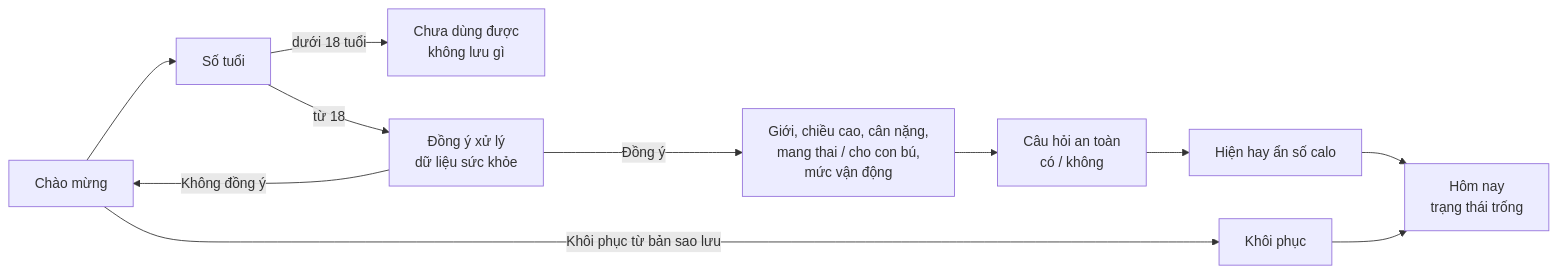
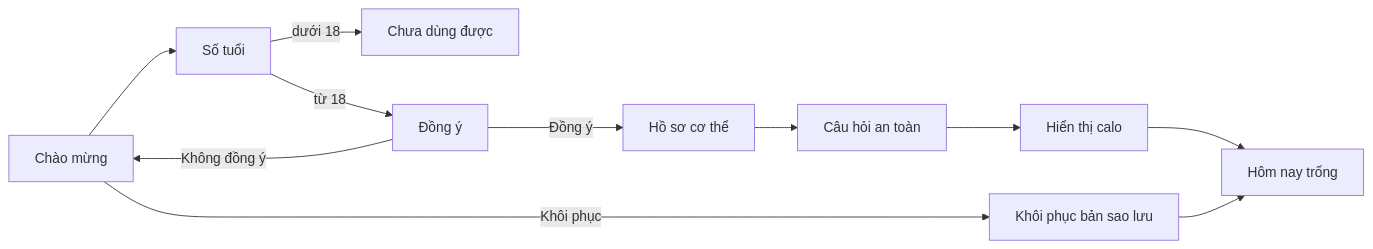
One commit to anhdt9/wholewell-app changed the second of 5 diagrams in docs/design/mvp-overview.md. Above: the diagram before and after it, drawn with Mermaid. The commit also changed other lines of this file and 2 other files, not shown here.

First line of the commit message:
Tinh gọn plan, thiết kế tổng thể, status; bỏ trùng lặp giữa các tệp

````diff
--- a/docs/design/mvp-overview.md
+++ b/docs/design/mvp-overview.md
@@ -101,12 +87,9 @@
 ```mermaid
 flowchart LR
   W[Chào mừng] --> A[Số tuổi]
-  A -->|dưới 18 tuổi| X[Chưa dùng được<br/>không lưu gì]
-  A -->|từ 18| C[Đồng ý xử lý<br/>dữ liệu sức khỏe]
+  A -->|dưới 18| X[Chưa dùng được]
+  A -->|từ 18| C[Đồng ý]
   C -->|Không đồng ý| W
-  C -->|Đồng ý| P[Giới, chiều cao, cân nặng,<br/>mang thai / cho con bú,<br/>mức vận động]
-  P --> Q[Câu hỏi an toàn<br/>có / không]
-  Q --> K[Hiện hay ẩn số calo]
-  K --> H[Hôm nay<br/>trạng thái trống]
-  W -->|Khôi phục từ bản sao lưu| R[Khôi phục] --> H
+  C -->|Đồng ý| P[Hồ sơ cơ thể] --> Q[Câu hỏi an toàn] --> K[Hiển thị calo] --> H[Hôm nay trống]
+  W -->|Khôi phục| R[Khôi phục bản sao lưu] --> H
 ```
````
